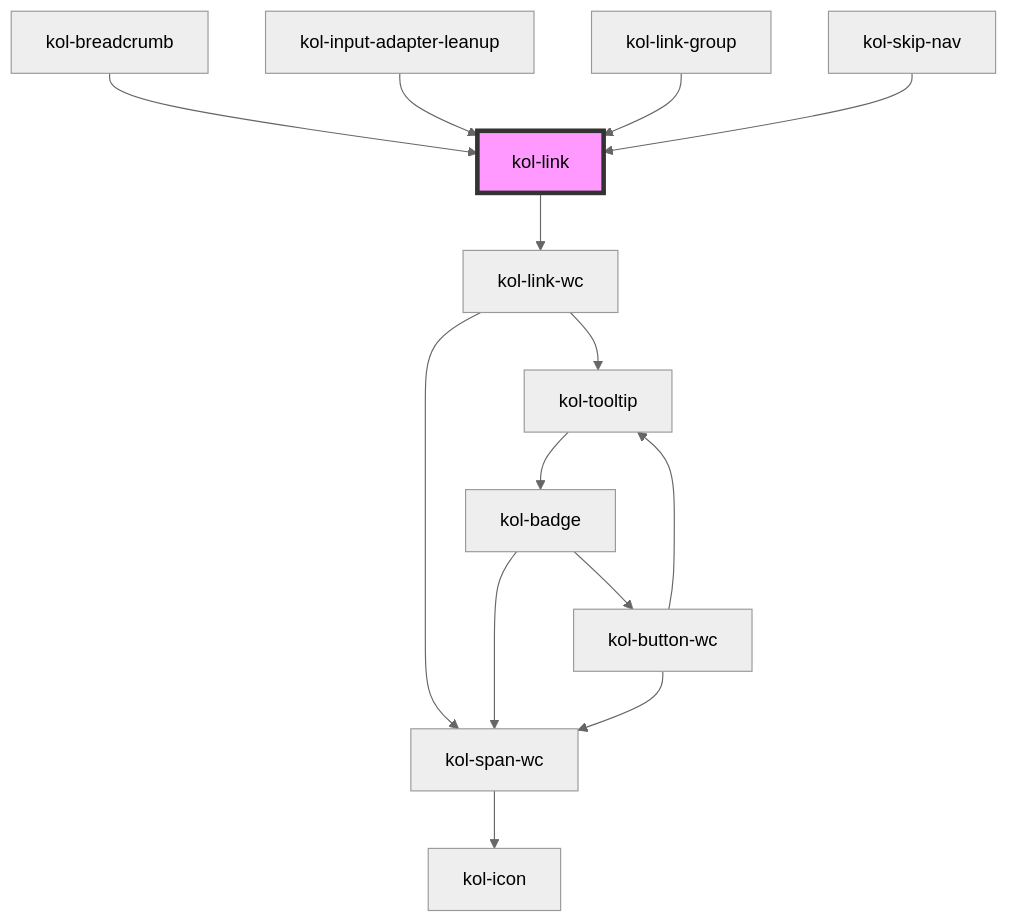
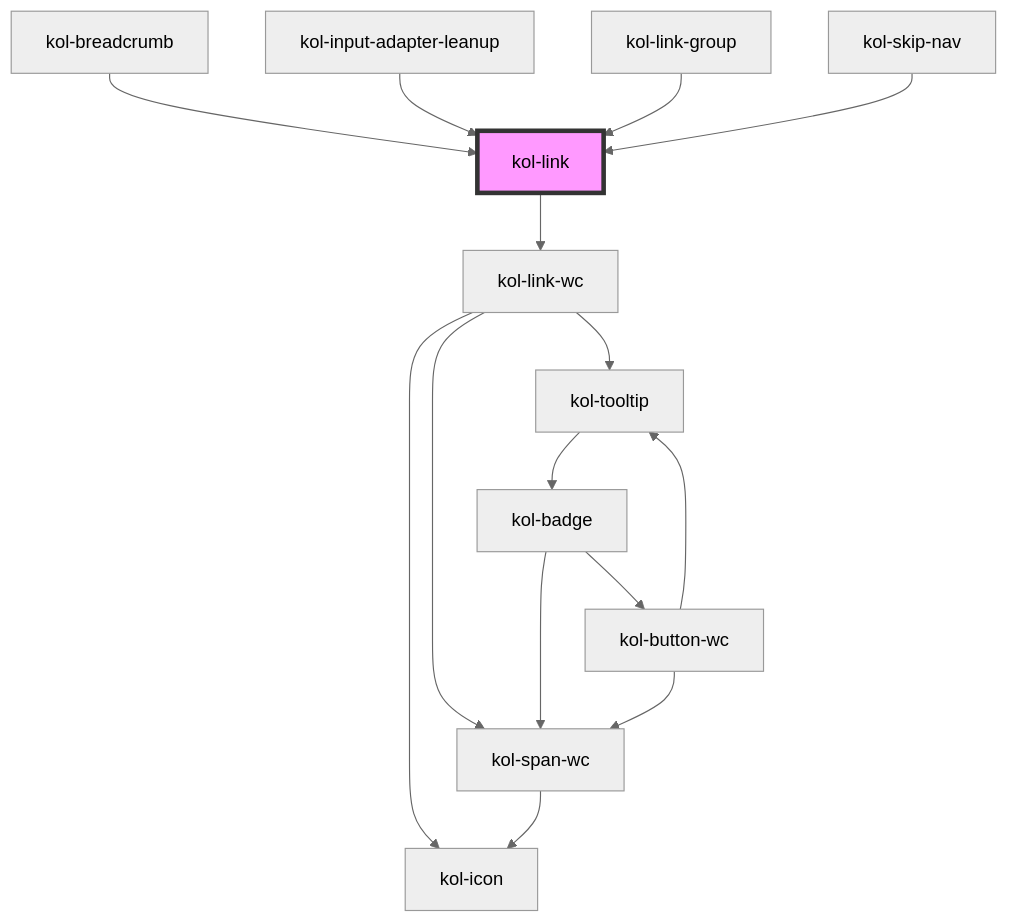
Before and after one commit to public-ui/kolibri: the diagram in packages/library/src/components/link/readme.md, drawn with Mermaid (neutral theme). The commit also changed 22 other files, not shown here.

````diff
--- a/packages/library/src/components/link/readme.md
+++ b/packages/library/src/components/link/readme.md
@@ -144,17 +144,18 @@
 ```mermaid
 graph TD;
   kol-link --> kol-link-wc
   kol-link-wc --> kol-span-wc
+  kol-link-wc --> kol-icon
   kol-link-wc --> kol-tooltip
   kol-span-wc --> kol-icon
   kol-tooltip --> kol-badge
   kol-badge --> kol-span-wc
   kol-badge --> kol-button-wc
   kol-button-wc --> kol-span-wc
   kol-button-wc --> kol-tooltip
   kol-breadcrumb --> kol-link
   kol-input-adapter-leanup --> kol-link
   kol-link-group --> kol-link
   kol-skip-nav --> kol-link
   style kol-link fill:#f9f,stroke:#333,stroke-width:4px
 ```
````
